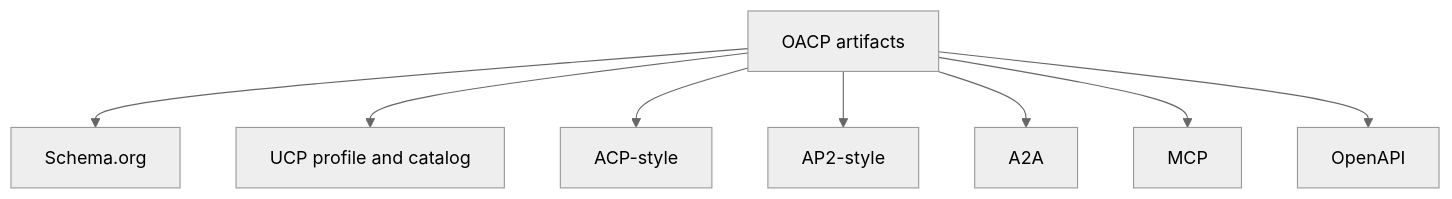
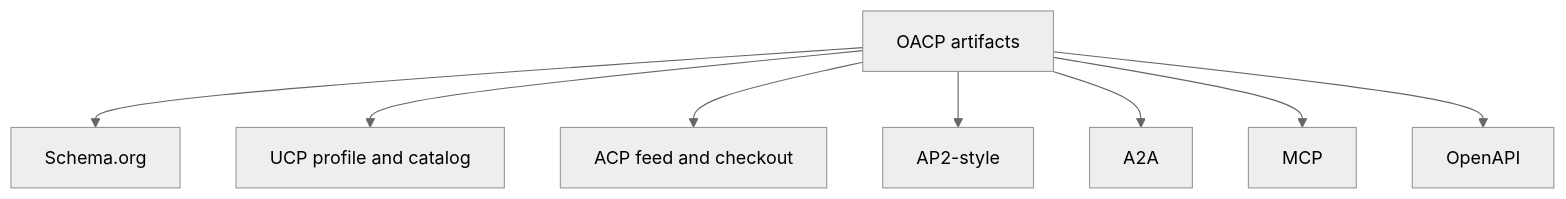
The diagram in docs/oacp/explainers/protocol-partner-mappings.md (mishrasanjeev/agentic-org), drawn with Mermaid (neutral theme) before and after one commit. The commit also changed other lines of this file and 40 other files, not shown here.

Commit message:
feat(acp): ACP product feed, checkout sessions over the UCP session table, error mapping, capability negotiation, delegate-payment allowance and Merchant-Signature order events (G33, G34, G35, G37, G38, G40)

````diff
--- a/docs/oacp/explainers/protocol-partner-mappings.md
+++ b/docs/oacp/explainers/protocol-partner-mappings.md
@@ -7,10 +7,10 @@
 ```mermaid
 flowchart TD
   oacp[OACP artifacts] --> schema[Schema.org]
   oacp --> ucp[UCP profile and catalog]
-  oacp --> acp[ACP-style]
+  oacp --> acp[ACP feed and checkout]
   oacp --> ap2[AP2-style]
   oacp --> a2a[A2A]
   oacp --> mcp[MCP]
   oacp --> openapi[OpenAPI]
 ```
````
